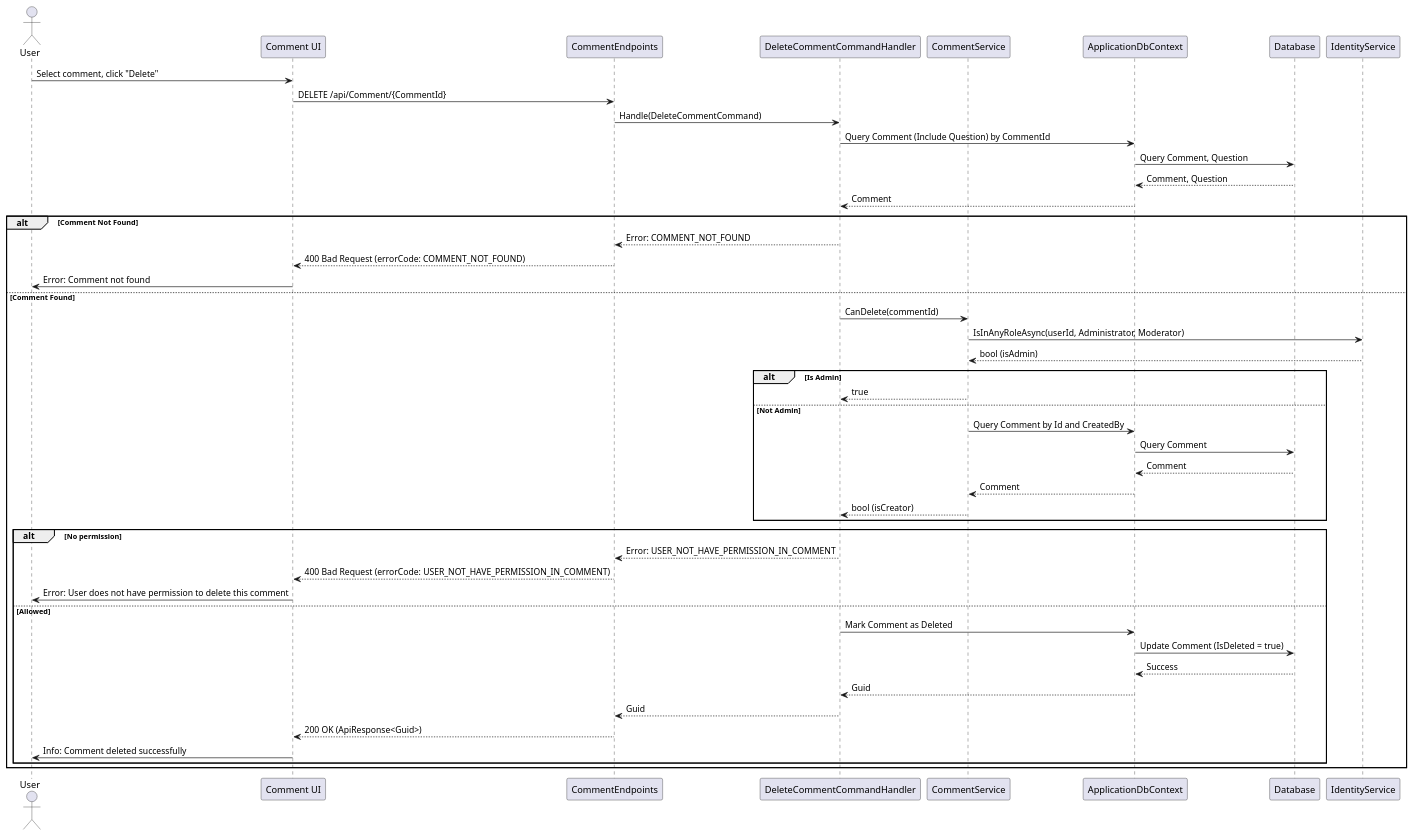
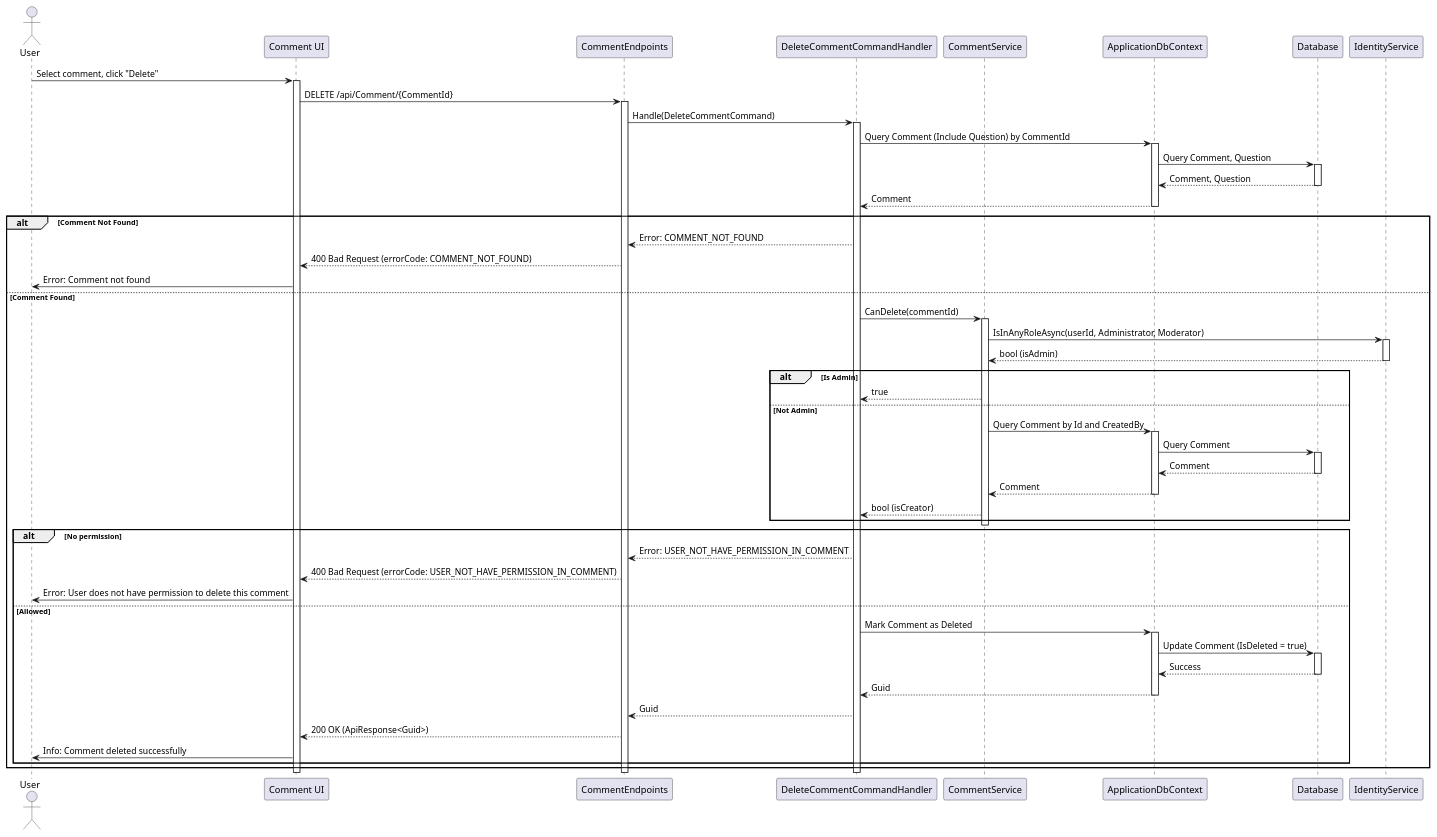
The diagram in Comments/Sequence/DeleteCommentCommand.puml (thanhkhac/SEP_Diagram), drawn with PlantUML before and after one commit. The commit also changed 17 other files, not shown here.

Commit message:
Add UI and endpoint activation/deactivation to sequence diagrams

```diff
--- a/Comments/Sequence/DeleteCommentCommand.puml
+++ b/Comments/Sequence/DeleteCommentCommand.puml
@@ -1,49 +1,75 @@
 @startuml
 actor User
 participant "Comment UI" as UI
 participant CommentEndpoints
 participant DeleteCommentCommandHandler as Handler
 participant CommentService
 participant ApplicationDbContext
 participant Database
 participant IdentityService
 
 User -> UI : Select comment, click "Delete"
+activate UI
 UI -> CommentEndpoints : DELETE /api/Comment/{CommentId}
+activate CommentEndpoints
 CommentEndpoints -> Handler : Handle(DeleteCommentCommand)
+activate Handler
 Handler -> ApplicationDbContext : Query Comment (Include Question) by CommentId
+activate ApplicationDbContext
 ApplicationDbContext -> Database : Query Comment, Question
+activate Database
 Database --> ApplicationDbContext : Comment, Question
+deactivate Database
 ApplicationDbContext --> Handler : Comment
+deactivate ApplicationDbContext
+
 alt Comment Not Found
     Handler --> CommentEndpoints : Error: COMMENT_NOT_FOUND
     CommentEndpoints --> UI : 400 Bad Request (errorCode: COMMENT_NOT_FOUND)
     UI -> User : Error: Comment not found
 else Comment Found
     Handler -> CommentService : CanDelete(commentId)
+    activate CommentService
     CommentService -> IdentityService : IsInAnyRoleAsync(userId, Administrator, Moderator)
+    activate IdentityService
     IdentityService --> CommentService : bool (isAdmin)
+    deactivate IdentityService
+    
     alt Is Admin
         CommentService --> Handler : true
     else Not Admin
         CommentService -> ApplicationDbContext : Query Comment by Id and CreatedBy
+        activate ApplicationDbContext
         ApplicationDbContext -> Database : Query Comment
+        activate Database
         Database --> ApplicationDbContext : Comment
+        deactivate Database
         ApplicationDbContext --> CommentService : Comment
+        deactivate ApplicationDbContext
         CommentService --> Handler : bool (isCreator)
     end
+    deactivate CommentService
+    
     alt No permission
         Handler --> CommentEndpoints : Error: USER_NOT_HAVE_PERMISSION_IN_COMMENT
         CommentEndpoints --> UI : 400 Bad Request (errorCode: USER_NOT_HAVE_PERMISSION_IN_COMMENT)
         UI -> User : Error: User does not have permission to delete this comment
     else Allowed
         Handler -> ApplicationDbContext : Mark Comment as Deleted
+        activate ApplicationDbContext
         ApplicationDbContext -> Database : Update Comment (IsDeleted = true)
+        activate Database
         Database --> ApplicationDbContext : Success
+        deactivate Database
         ApplicationDbContext --> Handler : Guid
+        deactivate ApplicationDbContext
         Handler --> CommentEndpoints : Guid
         CommentEndpoints --> UI : 200 OK (ApiResponse<Guid>)
         UI -> User : Info: Comment deleted successfully
     end
 end
+
+deactivate Handler
+deactivate CommentEndpoints
+deactivate UI
 @enduml
```
